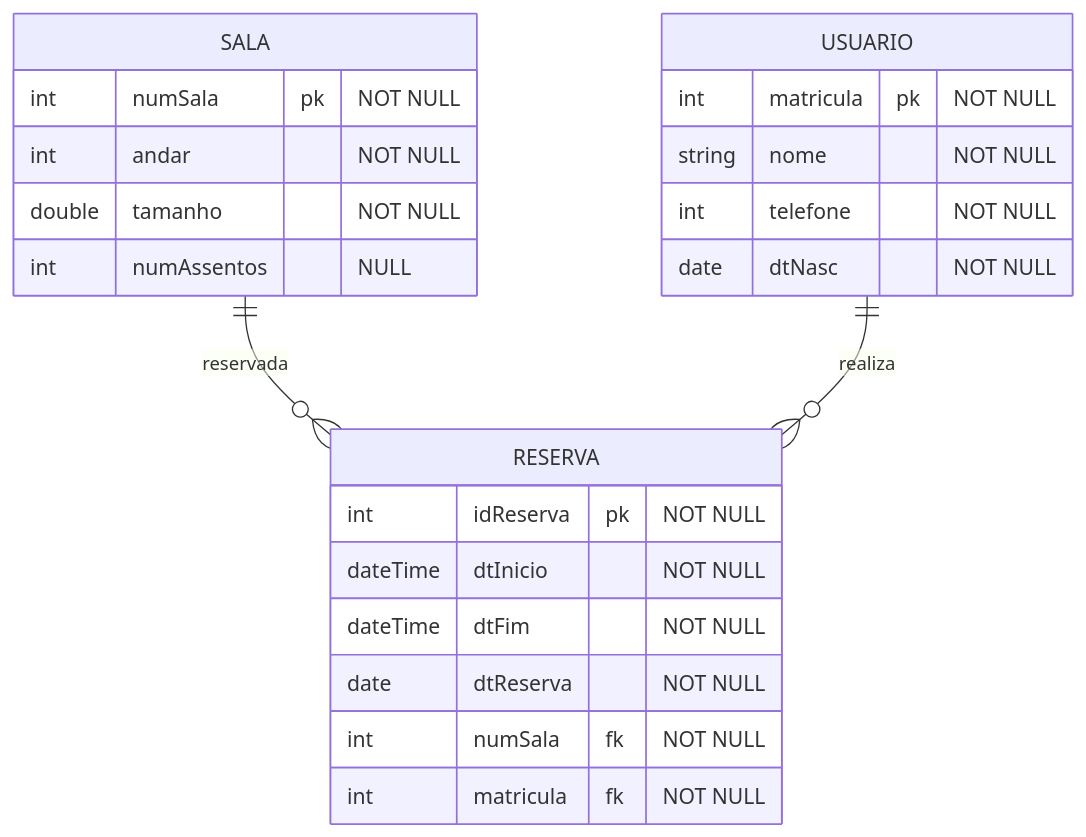
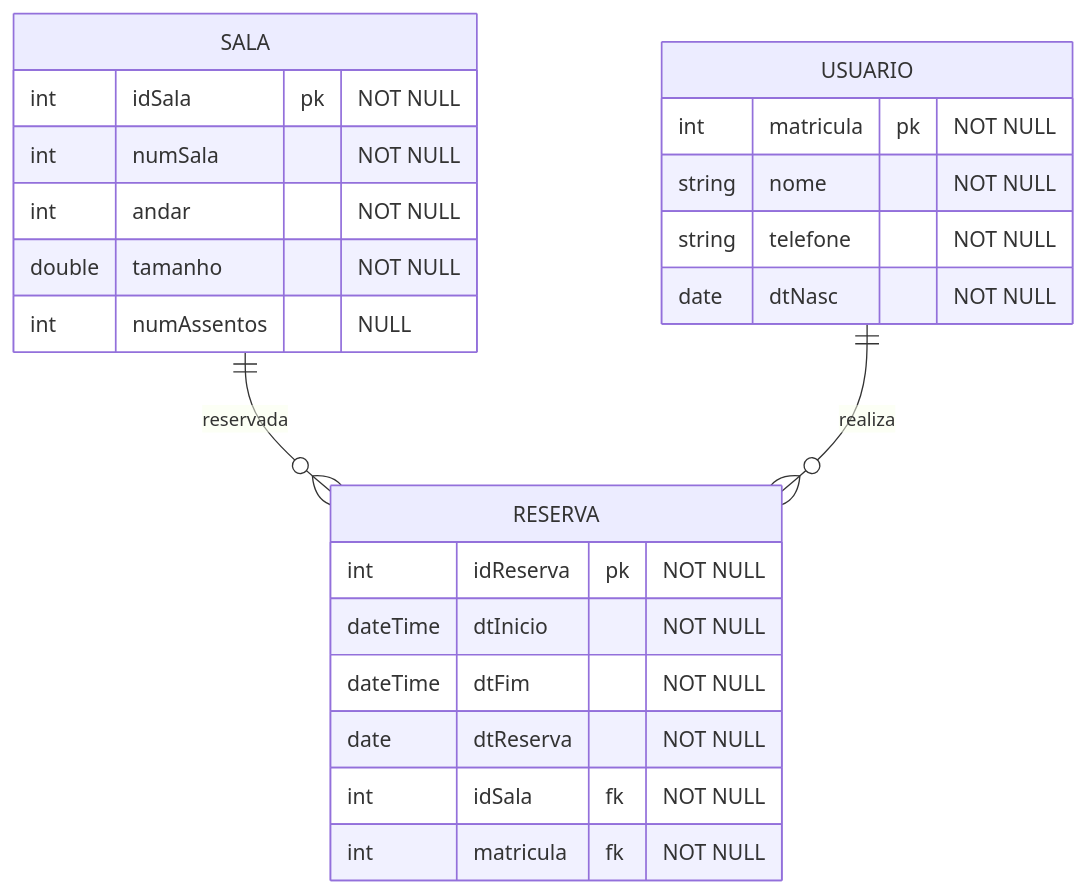
Before and after one commit to DaviSCBicalho/AgendamentoSalas: the diagram in diagrams/AgendaSala.mmd, drawn with Mermaid.

Commit message:
Refactor SALA and USUARIO attributes in AgendaSala.mmd

```diff
--- a/diagrams/AgendaSala.mmd
+++ b/diagrams/AgendaSala.mmd
@@ -1,26 +1,27 @@
 erDiagram
 SALA ||--o{ RESERVA : reservada
 USUARIO ||--o{ RESERVA : realiza
 
 SALA{
-    int numSala pk "NOT NULL"
+    int idSala pk  "NOT NULL"
+    int numSala "NOT NULL"
     int andar "NOT NULL"
     double tamanho "NOT NULL"
     int numAssentos "NULL"
 }
 
 USUARIO{
     int matricula pk "NOT NULL"
     string nome "NOT NULL"
-    int telefone "NOT NULL"
+    string telefone "NOT NULL"
     date dtNasc "NOT NULL"
 }
 
 RESERVA{
     int idReserva pk "NOT NULL"
     dateTime dtInicio "NOT NULL"
     dateTime dtFim "NOT NULL"
     date dtReserva "NOT NULL"
-    int numSala fk "NOT NULL"
+    int idSala fk "NOT NULL"
     int matricula fk "NOT NULL"    
 }
```
